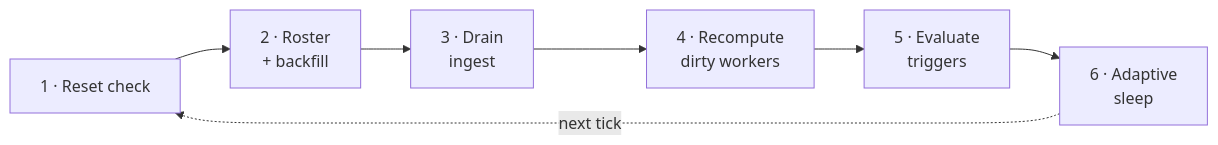
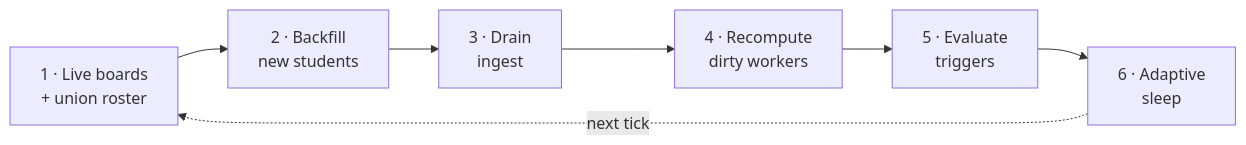
One commit to InviteInstitute/lm-dashboard changed the first of 3 diagrams in docs/concepts/write-path.md. Above: the diagram before and after it, drawn with Mermaid. The commit also changed other lines of this file and 30 other files, not shown here.

````diff
--- a/docs/concepts/write-path.md
+++ b/docs/concepts/write-path.md
@@ -13,6 +13,6 @@
 ```mermaid
 flowchart LR
-    a["1 · Reset check"] --> b["2 · Roster<br/>+ backfill"] --> c["3 · Drain<br/>ingest"]
+    a["1 · Live boards<br/>+ union roster"] --> b["2 · Backfill<br/>new students"] --> c["3 · Drain<br/>ingest"]
     c --> d["4 · Recompute<br/>dirty workers"] --> e["5 · Evaluate<br/>triggers"] --> f["6 · Adaptive<br/>sleep"]
     f -. "next tick" .-> a
 ```
````
